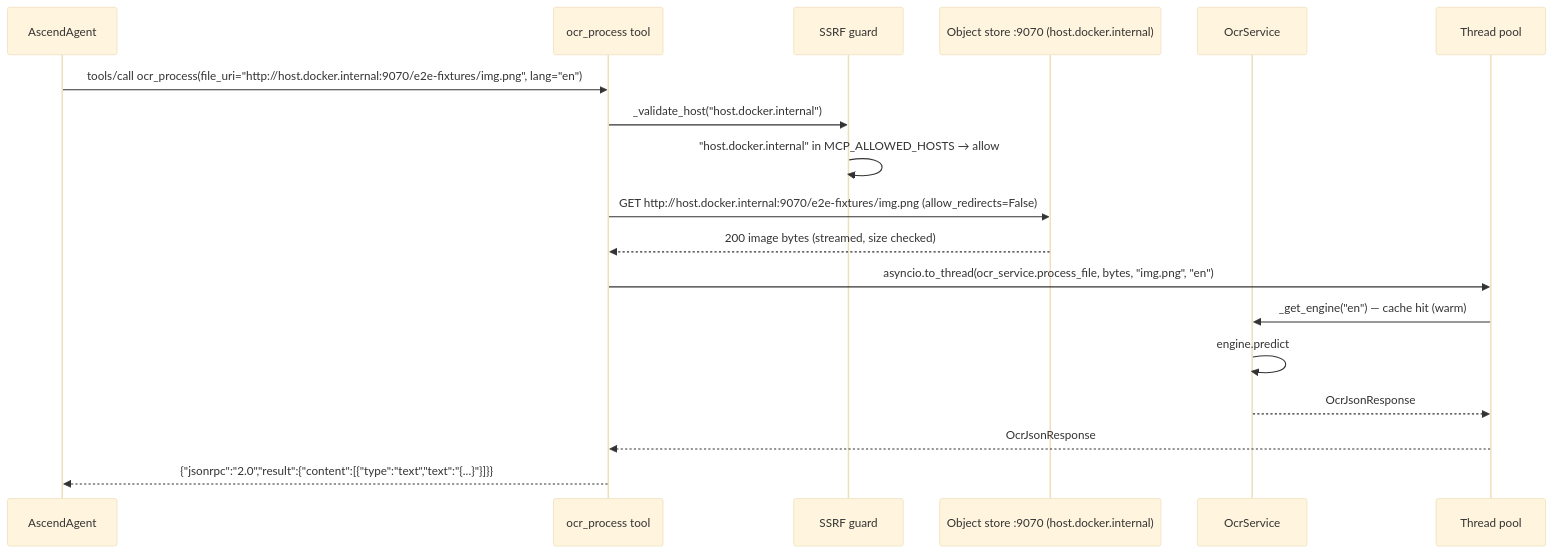
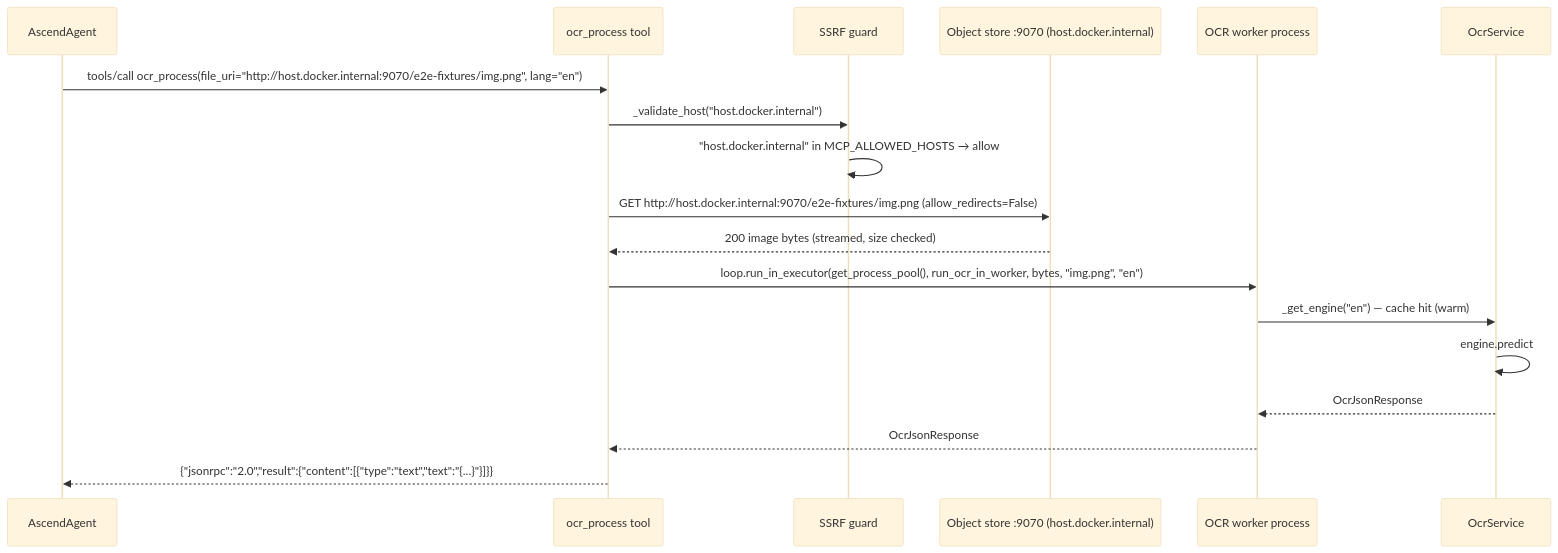
Before and after one commit to Lukk17/AscendAI: the third of 3 diagrams in PaddleOCR/docs/architecture/arc42/06-runtime-view.md, drawn with Mermaid (base theme). The commit also changed other lines of this file and 30 other files, not shown here.

````diff
--- a/PaddleOCR/docs/architecture/arc42/06-runtime-view.md
+++ b/PaddleOCR/docs/architecture/arc42/06-runtime-view.md
@@ -57,21 +61,21 @@
 ```mermaid
 sequenceDiagram
     participant Agent as AscendAgent
     participant MCP as ocr_process tool
     participant Guard as SSRF guard
     participant ObjectStore as Object store :9070 (host.docker.internal)
+    participant Pool as OCR worker process
     participant OcrSvc as OcrService
-    participant Thread as Thread pool
 
     Agent->>MCP: tools/call ocr_process(file_uri="http://host.docker.internal:9070/e2e-fixtures/img.png", lang="en")
     MCP->>Guard: _validate_host("host.docker.internal")
     Guard->>Guard: "host.docker.internal" in MCP_ALLOWED_HOSTS → allow
     MCP->>ObjectStore: GET http://host.docker.internal:9070/e2e-fixtures/img.png (allow_redirects=False)
     ObjectStore-->>MCP: 200 image bytes (streamed, size checked)
-    MCP->>Thread: asyncio.to_thread(ocr_service.process_file, bytes, "img.png", "en")
-    Thread->>OcrSvc: _get_engine("en") — cache hit (warm)
+    MCP->>Pool: loop.run_in_executor(get_process_pool(), run_ocr_in_worker, bytes, "img.png", "en")
+    Pool->>OcrSvc: _get_engine("en") — cache hit (warm)
     OcrSvc->>OcrSvc: engine.predict
-    OcrSvc-->>Thread: OcrJsonResponse
-    Thread-->>MCP: OcrJsonResponse
+    OcrSvc-->>Pool: OcrJsonResponse
+    Pool-->>MCP: OcrJsonResponse
     MCP-->>Agent: {"jsonrpc":"2.0","result":{"content":[{"type":"text","text":"{...}"}]}}
 ```
````
